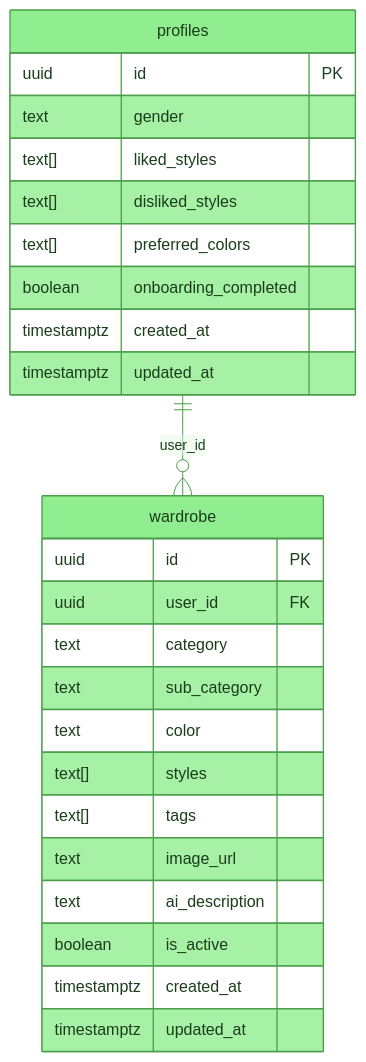
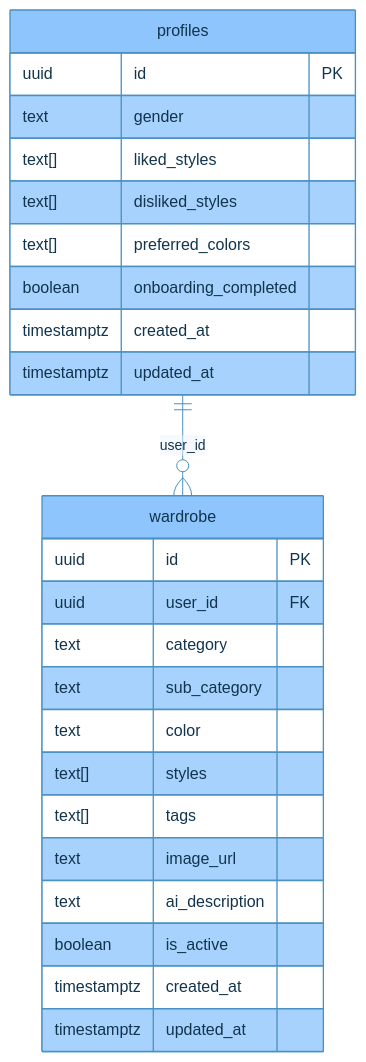
One commit to young017/weather changed the second of 5 diagrams in README.md. Above: the diagram before and after it, drawn with Mermaid. The commit also changed other lines of this file, not shown here.

````diff
--- a/README.md
+++ b/README.md
@@ -64,31 +64,31 @@
 ```mermaid
-%%{init: {'theme': 'base', 'themeVariables': {'primaryColor': '#90EE90', 'primaryBorderColor': '#4a9e4a', 'primaryTextColor': '#1a3d1a', 'secondaryColor': '#c8f0c8', 'tertiaryColor': '#e6f9e6', 'lineColor': '#4a9e4a', 'attributeBackgroundColorEven': '#c8f0c8', 'attributeBackgroundColorOdd': '#e6f9e6'}}}%%
+%%{init: {'theme': 'base', 'themeVariables': {'primaryColor': '#8EC5FC', 'primaryBorderColor': '#4A90C2', 'primaryTextColor': '#12344D', 'secondaryColor': '#D6EBFA', 'tertiaryColor': '#EEF6FD', 'lineColor': '#4A90C2', 'attributeBackgroundColorEven': '#D6EBFA', 'attributeBackgroundColorOdd': '#EEF6FD'}}}%%
 erDiagram
     profiles {
         uuid id PK
         text gender
         text[] liked_styles
         text[] disliked_styles
         text[] preferred_colors
         boolean onboarding_completed
         timestamptz created_at
         timestamptz updated_at
     }
 
     wardrobe {
         uuid id PK
         uuid user_id FK
         text category
         text sub_category
         text color
         text[] styles
         text[] tags
         text image_url
         text ai_description
         boolean is_active
         timestamptz created_at
         timestamptz updated_at
     }
 
     profiles ||--o{ wardrobe : "user_id"
 ```
````
